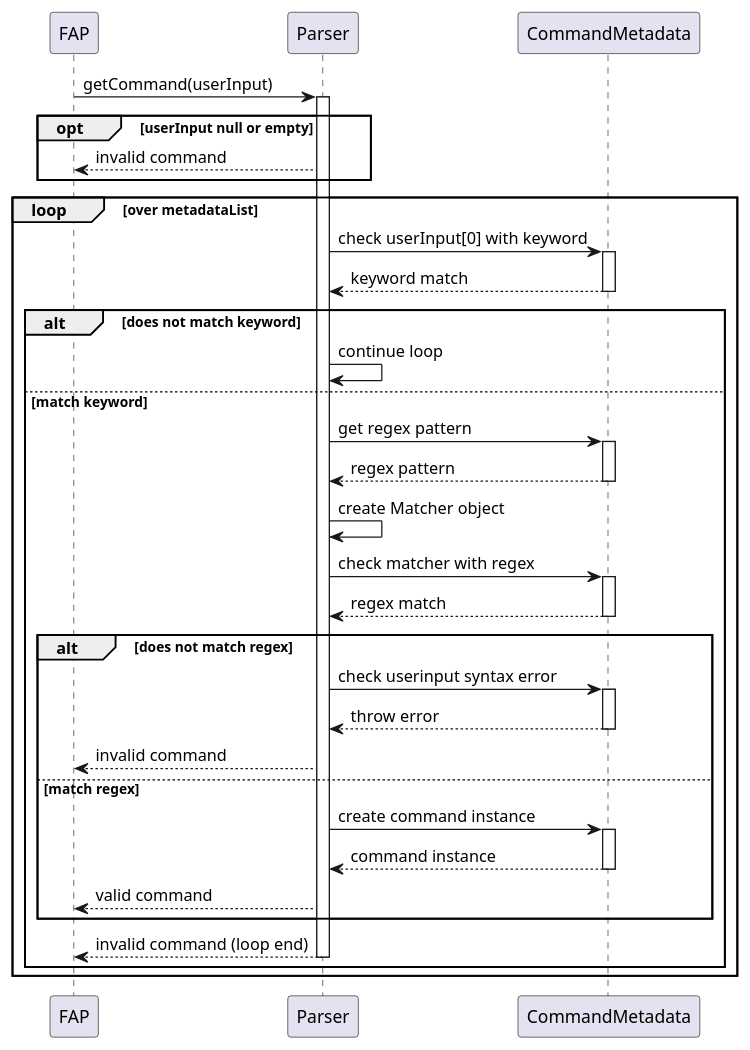
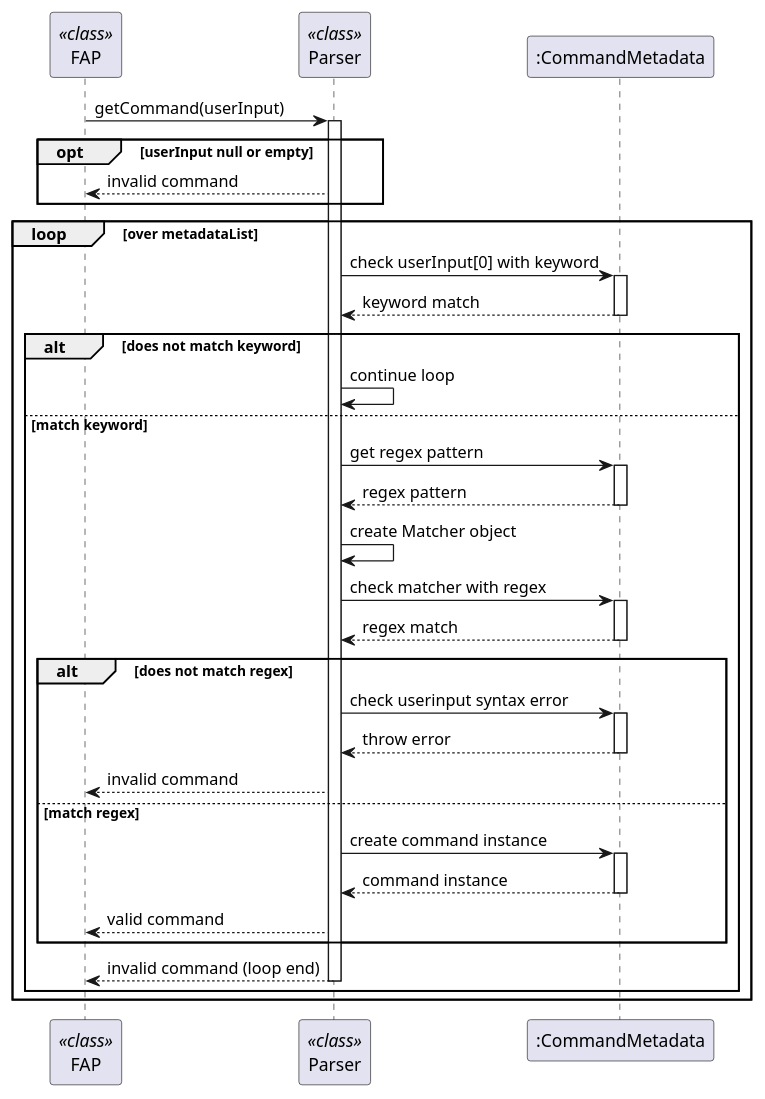
One commit to fungg0/tp changed the diagram in docs/diagrams/ParserSequenceDiagram.puml. Above: the diagram before and after it, drawn with PlantUML. The commit also changed 4 other files, not shown here.

Commit message:
Update parser DG and diagrams

```diff
--- a/docs/diagrams/ParserSequenceDiagram.puml
+++ b/docs/diagrams/ParserSequenceDiagram.puml
@@ -1,50 +1,50 @@
 @startuml
-participant FAP
-participant Parser
-participant CommandMetadata
+participant FAP as FAP <<class>>
+participant Parser as Parser <<class>>
+participant CommandMetadata as ":CommandMetadata"
 
 FAP -> Parser: getCommand(userInput)
 activate Parser
 
 opt userInput null or empty
     Parser --> FAP: invalid command
 end
 
 loop over metadataList
     Parser -> CommandMetadata: check userInput[0] with keyword
     activate CommandMetadata
     CommandMetadata --> Parser: keyword match
     deactivate CommandMetadata
     alt does not match keyword
         Parser -> Parser: continue loop
     else match keyword
         Parser -> CommandMetadata: get regex pattern
         activate CommandMetadata
         CommandMetadata --> Parser: regex pattern
         deactivate CommandMetadata
 
         Parser -> Parser: create Matcher object
         Parser -> CommandMetadata: check matcher with regex
         activate CommandMetadata
         CommandMetadata --> Parser: regex match
         deactivate CommandMetadata
 
         alt does not match regex
             Parser -> CommandMetadata: check userinput syntax error
             activate CommandMetadata
             CommandMetadata --> Parser: throw error
             deactivate CommandMetadata
             Parser --> FAP: invalid command
         else match regex
             Parser -> CommandMetadata: create command instance
             activate CommandMetadata
             CommandMetadata --> Parser: command instance
             deactivate CommandMetadata
             Parser --> FAP: valid command
         end
 
         Parser --> FAP: invalid command (loop end)
         deactivate Parser
     end
 end
 @enduml
```
